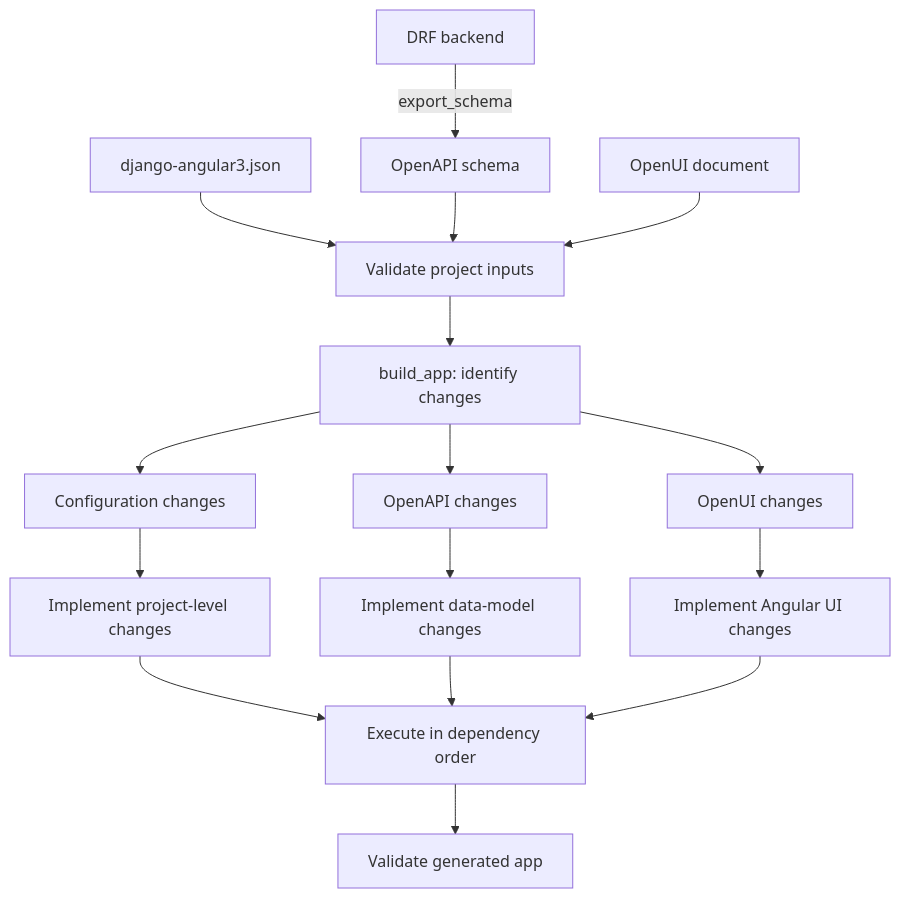
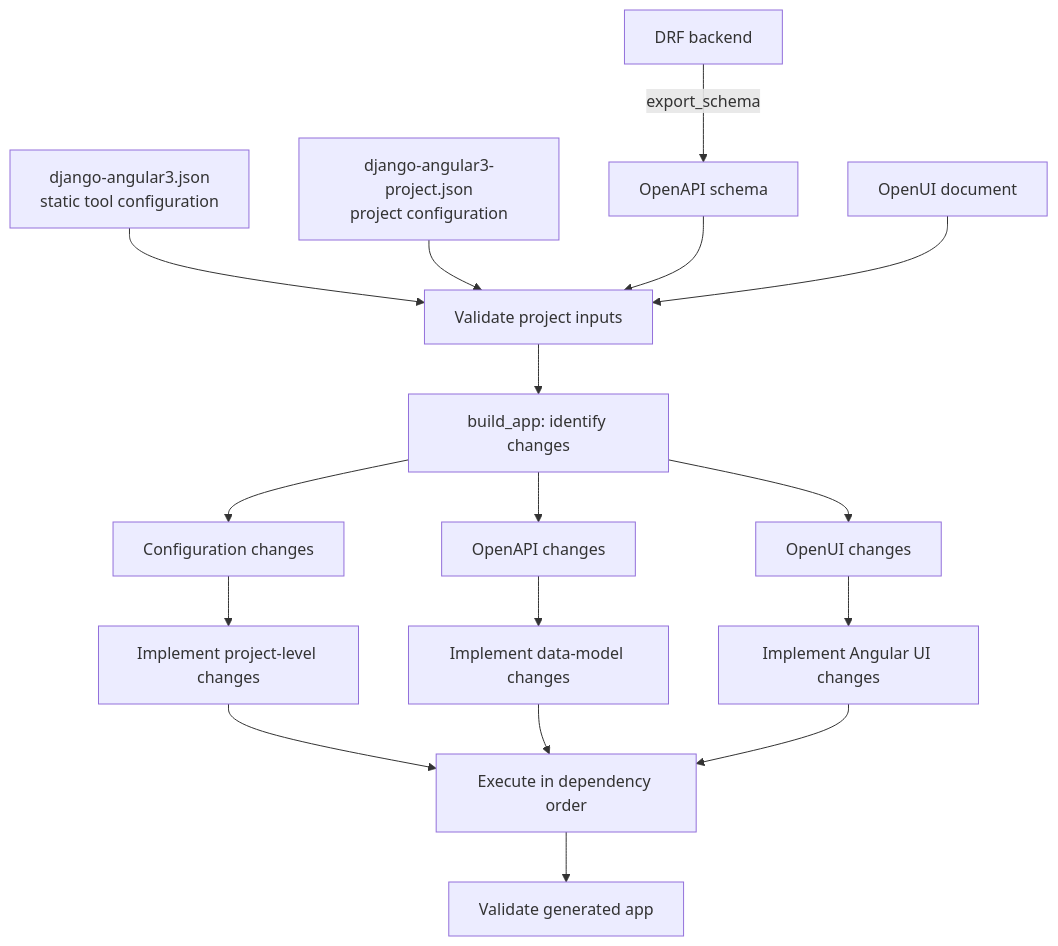
Before and after one commit to shlomoa/django-angular3: the diagram in docs/workflow.md, drawn with Mermaid. The commit also changed other lines of this file and 38 other files, not shown here.

````diff
--- a/docs/workflow.md
+++ b/docs/workflow.md
@@ -22,18 +22,19 @@
 ```{mermaid}
 flowchart TD
-  config[django-angular3.json] --> validate[Validate project inputs]
+  toolConfig[django-angular3.json<br/>static tool configuration] --> validate[Validate project inputs]
+  projectConfig[django-angular3-project.json<br/>project configuration] --> validate
   drf[DRF backend] -->|export_schema| schema[OpenAPI schema]
   schema --> validate
   openui[OpenUI document] --> validate
   validate --> identify[build_app: identify changes]
   identify --> configChanges[Configuration changes]
   identify --> schemaChanges[OpenAPI changes]
   identify --> openuiChanges[OpenUI changes]
   configChanges --> project[Implement project-level changes]
   schemaChanges --> dataModel[Implement data-model changes]
   openuiChanges --> angularUi[Implement Angular UI changes]
   project --> execute[Execute in dependency order]
   dataModel --> execute
   angularUi --> execute
   execute --> verify[Validate generated app]
 ```
````
